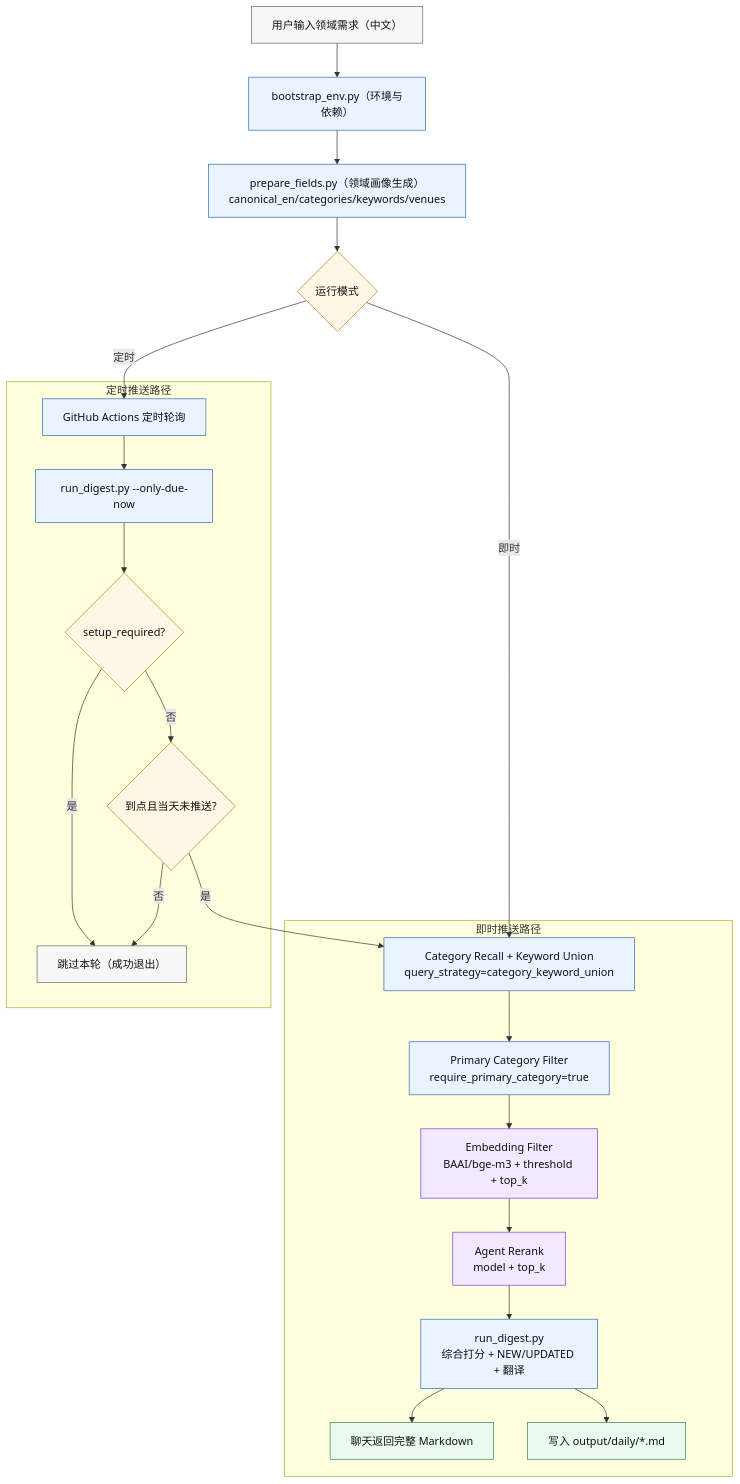
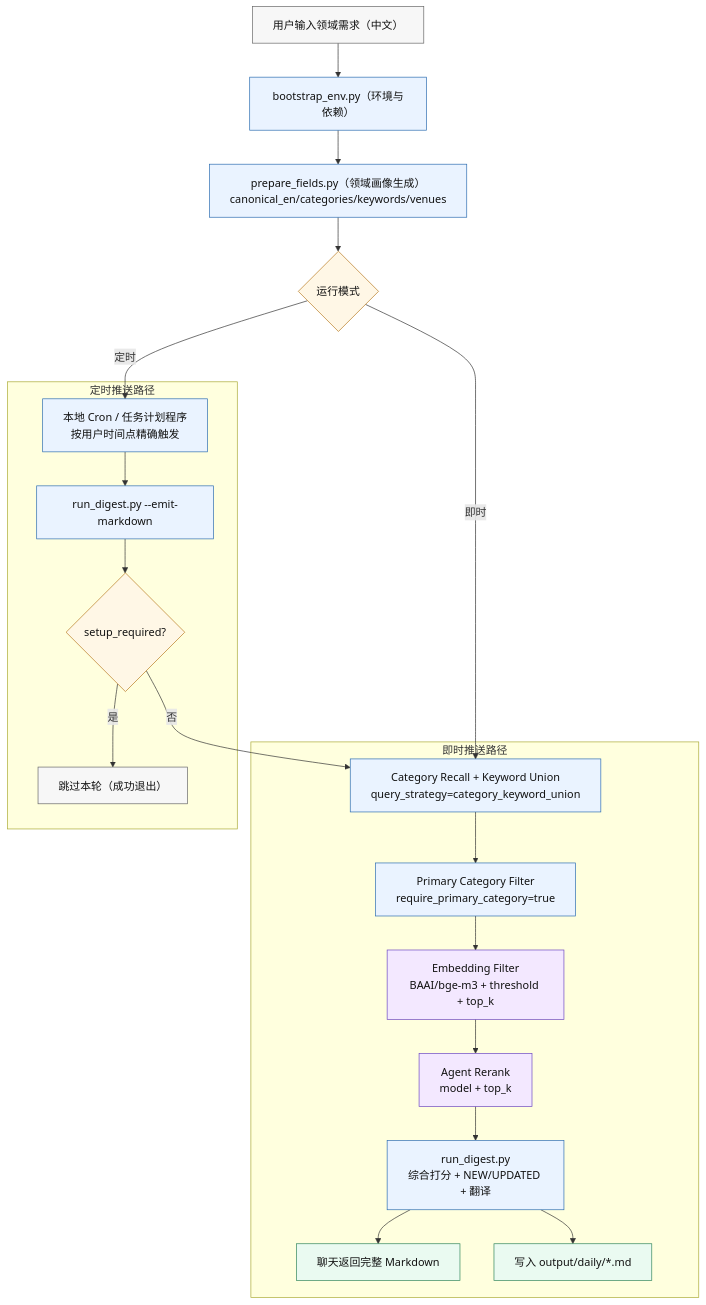
One commit to Ricardo-Ping/agent-daily-paper changed the diagram in README.md. Above: the diagram before and after it, drawn with Mermaid. The commit also changed other lines of this file and 1 other file, not shown here.

Commit message:
docs: prefer exact-time cron scheduling

````diff
--- a/README.md
+++ b/README.md
@@ -22,40 +22,37 @@
 ```mermaid
 flowchart TB
     classDef io fill:#f7f7f7,stroke:#666,stroke-width:1px,color:#111;
     classDef process fill:#eaf3ff,stroke:#2b6cb0,stroke-width:1px,color:#111;
     classDef decision fill:#fff7e6,stroke:#b7791f,stroke-width:1px,color:#111;
     classDef output fill:#eafaf1,stroke:#2f855a,stroke-width:1px,color:#111;
     classDef model fill:#f3e8ff,stroke:#6b46c1,stroke-width:1px,color:#111;
 
     U["用户输入领域需求（中文）"]:::io --> B["bootstrap_env.py（环境与依赖）"]:::process
     B --> P1["prepare_fields.py（领域画像生成）<br/>canonical_en/categories/keywords/venues"]:::process
     P1 --> M{"运行模式"}:::decision
 
     subgraph R1["即时推送路径"]
       Q1["Category Recall + Keyword Union<br/>query_strategy=category_keyword_union"]:::process
       Q2["Primary Category Filter<br/>require_primary_category=true"]:::process
       Q3["Embedding Filter<br/>BAAI/bge-m3 + threshold + top_k"]:::model
       Q4["Agent Rerank<br/>model + top_k"]:::model
       P2["run_digest.py<br/>综合打分 + NEW/UPDATED + 翻译"]:::process
       O1["聊天返回完整 Markdown"]:::output
       O2["写入 output/daily/*.md"]:::output
       Q1 --> Q2 --> Q3 --> Q4 --> P2 --> O1
       P2 --> O2
     end
 
     subgraph R2["定时推送路径"]
-      G1["GitHub Actions 定时轮询"]:::process
-      G2["run_digest.py --only-due-now"]:::process
+      G1["本地 Cron / 任务计划程序<br/>按用户时间点精确触发"]:::process
+      G2["run_digest.py --emit-markdown"]:::process
       D1{"setup_required?"}:::decision
-      D2{"到点且当天未推送?"}:::decision
       S1["跳过本轮（成功退出）"]:::io
       G1 --> G2 --> D1
       D1 -->|是| S1
-      D1 -->|否| D2
-      D2 -->|是| Q1
-      D2 -->|否| S1
+      D1 -->|否| Q1
     end
 
     M -->|即时| Q1
     M -->|定时| G1
 ```
````
